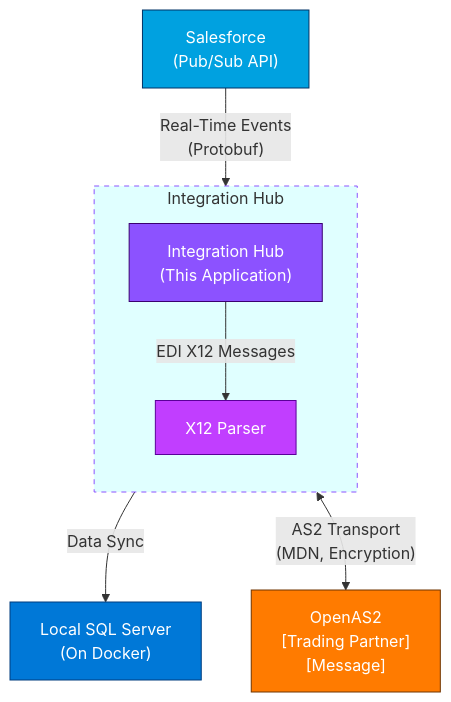
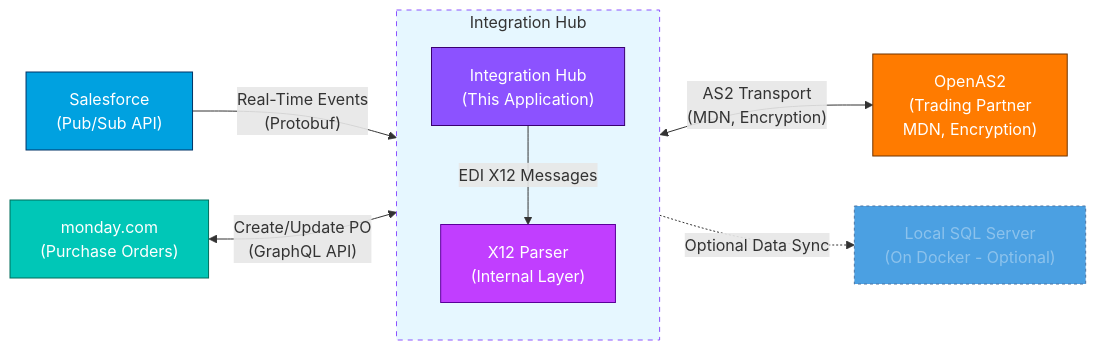
Before and after one commit to apeiris/SalesforceCdcEdiHub: the first of 2 diagrams in README.md, drawn with Mermaid. The commit also changed other lines of this file, not shown here.

````diff
--- a/README.md
+++ b/README.md
@@ -20,31 +42,43 @@
 ```mermaid
-flowchart TD
+flowchart LR
+    %% External Systems
     SF["Salesforce<br/>(Pub/Sub API)"]
+    MC["monday.com<br/>(Purchase Orders)"]
+
+    %% Integration Hub (Core)
     HUB["Integration Hub<br/>(This Application)"]
-    X12["X12 Parser"]
-    SQL["Local SQL Server<br/>(On Docker)"]
-    AS2["OpenAS2<br>[Trading Partner]<br>[Message]"]
+    X12["X12 Parser<br/>(Internal Layer)"]
 
-    %% Hub + X12 are inside the subgraph
+    %% Optional & Partner Systems
+    SQL["Local SQL Server<br/>(On Docker - Optional)"]
+    AS2["OpenAS2<br/>(Trading Partner<br>MDN, Encryption)"]
+
+    %% Group Hub Components
     subgraph hub_container ["Integration Hub"]
         direction TB
         HUB
         X12
     end
 
+    %% Core Required Flows
     SF -->|"Real-Time Events<br>(Protobuf)"| HUB
-    HUB -->|Data Sync| SQL
+    MC <-->|"Create/Update PO<br>(GraphQL API)"| HUB
     HUB -->|"EDI X12 Messages"| X12
     X12 <-->|"AS2 Transport<br>(MDN, Encryption)"| AS2
 
-    %% ---- Styles -------------------------------------------------
+    %% Optional Sync (Dashed Line)
+    HUB -.->|"Optional Data Sync"| SQL
+
+    %% Styles
     style SF fill:#00A1E0,stroke:#036,stroke-width:1px,color:#fff
+    style MC fill:#00C7B7,stroke:#006D5B,stroke-width:1px,color:#fff
     style HUB fill:#8C52FF,stroke:#3A0070,stroke-width:1px,color:#fff
     style X12 fill:#C13EFF,stroke:#5A0099,stroke-width:1px,color:#fff
-    style SQL fill:#0078D7,stroke:#003C7E,stroke-width:1px,color:#fff
+    style SQL fill:#0078D7,stroke:#003C7E,stroke-width:1px,color:#fff,opacity:0.7
     style AS2 fill:#FF7B00,stroke:#703500,stroke-width:1px,color:#fff
+    style hub_container fill:#E6F7FF,stroke:#8C52FF,stroke-dasharray: 5 5
 
-    %% Light-blue background for the whole Hub container
-    style hub_container fill:lightcyan,stroke:#8C52FF,stroke-dasharray: 5 5    
-
+    %% Emphasize SQL is optional
+    classDef optional fill:#0078D7,stroke:#003C7E,stroke-dasharray: 3 3,opacity:0.6
+    class SQL optional
 ```
````
